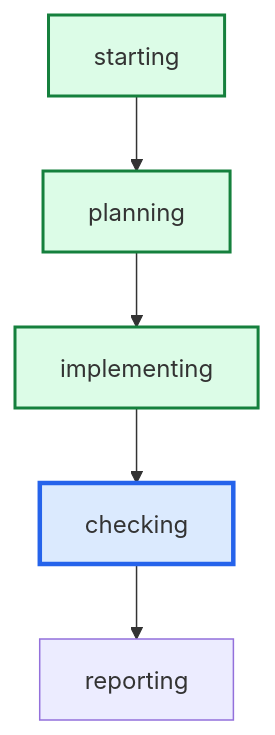
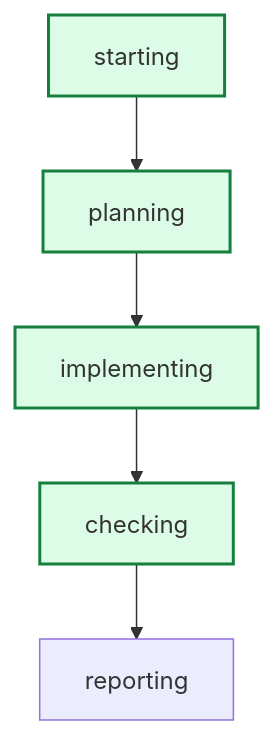
One commit to daniell0gda/hermes-feature-check-dashboard changed the diagram in runs/r82-porter-broad-sweep/graph.mmd. Above: the diagram before and after it, drawn with Mermaid. The commit also changed 28 other files, not shown here.

```diff
--- a/runs/r82-porter-broad-sweep/graph.mmd
+++ b/runs/r82-porter-broad-sweep/graph.mmd
@@ -1,13 +1,13 @@
 graph TD
     starting --> planning
     planning --> implementing
     implementing --> checking
     checking --> reporting
 
 classDef done fill:#dcfce7,stroke:#15803d,stroke-width:2px;
 classDef active fill:#dbeafe,stroke:#2563eb,stroke-width:3px;
 classDef failed fill:#fee2e2,stroke:#b42318,stroke-width:2px;
-class checking active;
+class checking done;
 class starting done;
 class planning done;
 class implementing done;
```
